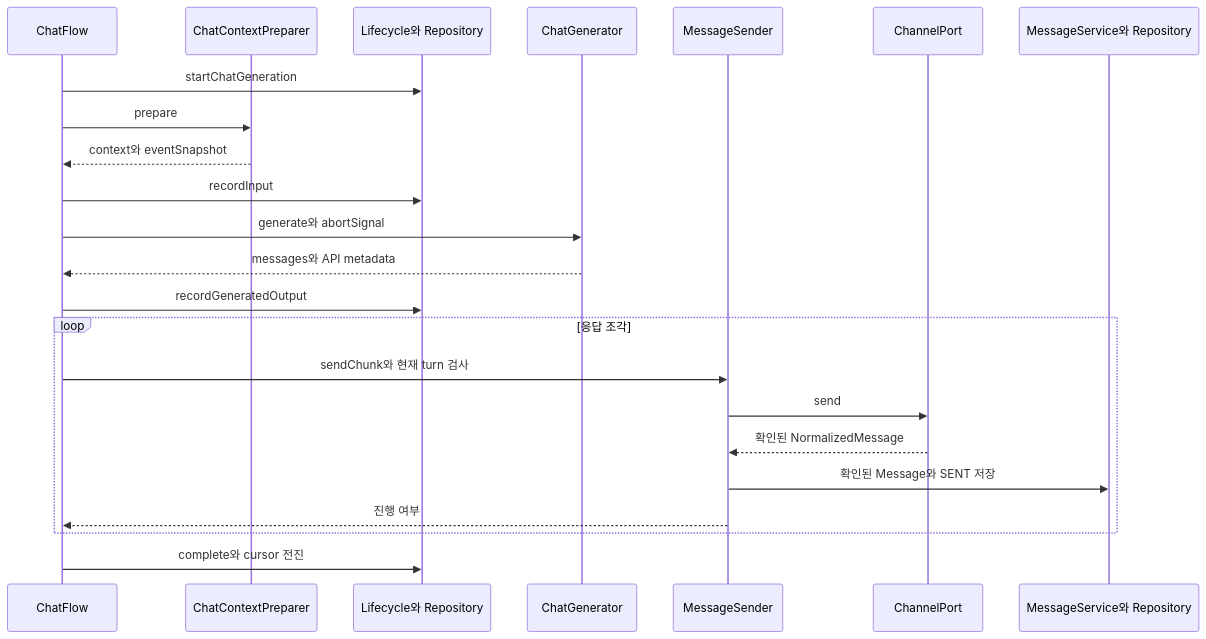
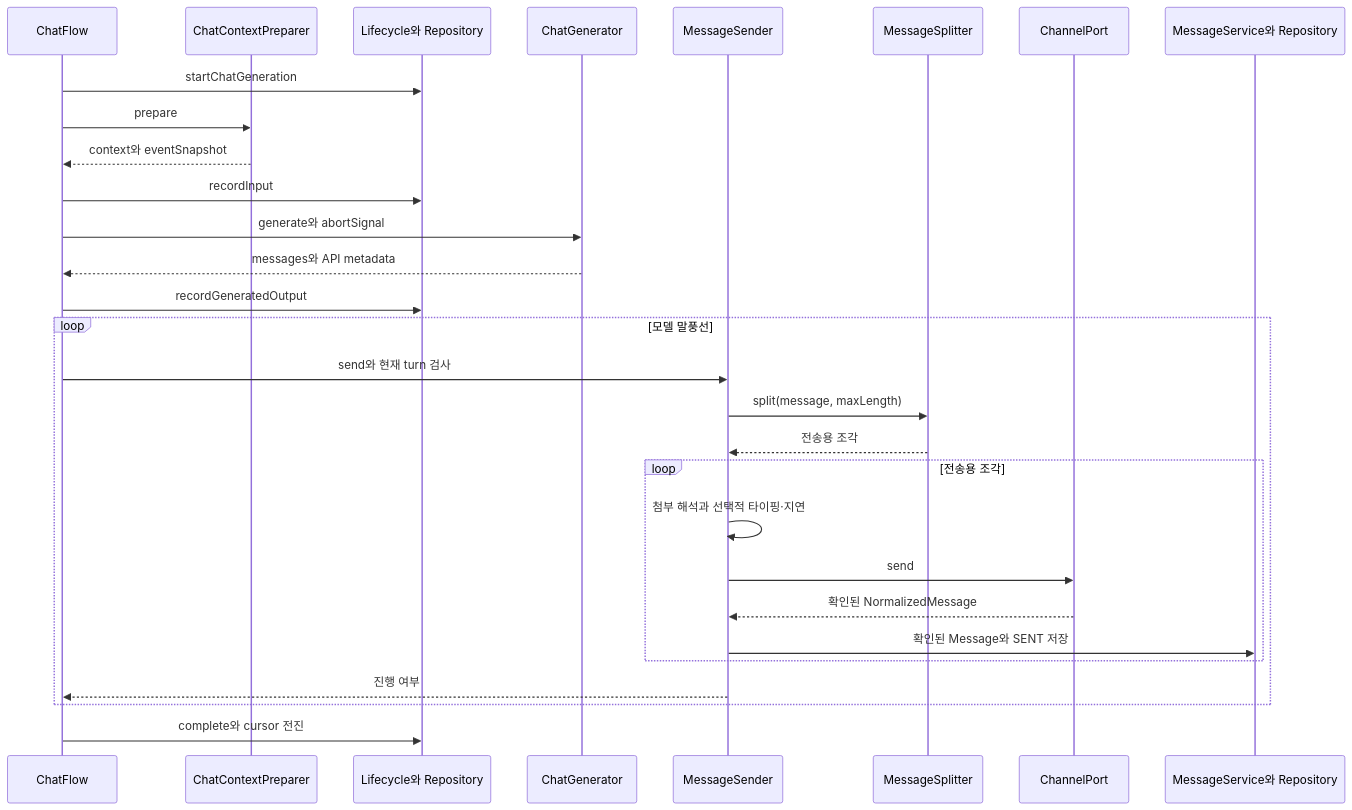
One commit to uheej0625/aimate changed the second of 2 diagrams in docs/대화/생성과 전송 및 재생성.md. Above: the diagram before and after it, drawn with Mermaid. The commit also changed other lines of this file and 19 other files, not shown here.

````diff
--- a/docs/대화/생성과 전송 및 재생성.md
+++ b/docs/대화/생성과 전송 및 재생성.md
@@ -61,25 +63,31 @@
 ```mermaid
 sequenceDiagram
     participant Flow as ChatFlow
     participant Prep as ChatContextPreparer
     participant Life as Lifecycle와 Repository
     participant AI as ChatGenerator
     participant Send as MessageSender
+    participant Split as MessageSplitter
     participant Port as ChannelPort
     participant Store as MessageService와 Repository
     Flow->>Life: startChatGeneration
     Flow->>Prep: prepare
     Prep-->>Flow: context와 eventSnapshot
     Flow->>Life: recordInput
     Flow->>AI: generate와 abortSignal
     AI-->>Flow: messages와 API metadata
     Flow->>Life: recordGeneratedOutput
-    loop 응답 조각
-        Flow->>Send: sendChunk와 현재 turn 검사
-        Send->>Port: send
-        Port-->>Send: 확인된 NormalizedMessage
-        Send->>Store: 확인된 Message와 SENT 저장
+    loop 모델 말풍선
+        Flow->>Send: send와 현재 turn 검사
+        Send->>Split: split(message, maxLength)
+        Split-->>Send: 전송용 조각
+        loop 전송용 조각
+            Send->>Send: 첨부 해석과 선택적 타이핑·지연
+            Send->>Port: send
+            Port-->>Send: 확인된 NormalizedMessage
+            Send->>Store: 확인된 Message와 SENT 저장
+        end
         Send-->>Flow: 진행 여부
     end
     Flow->>Life: complete와 cursor 전진
 ```
````
